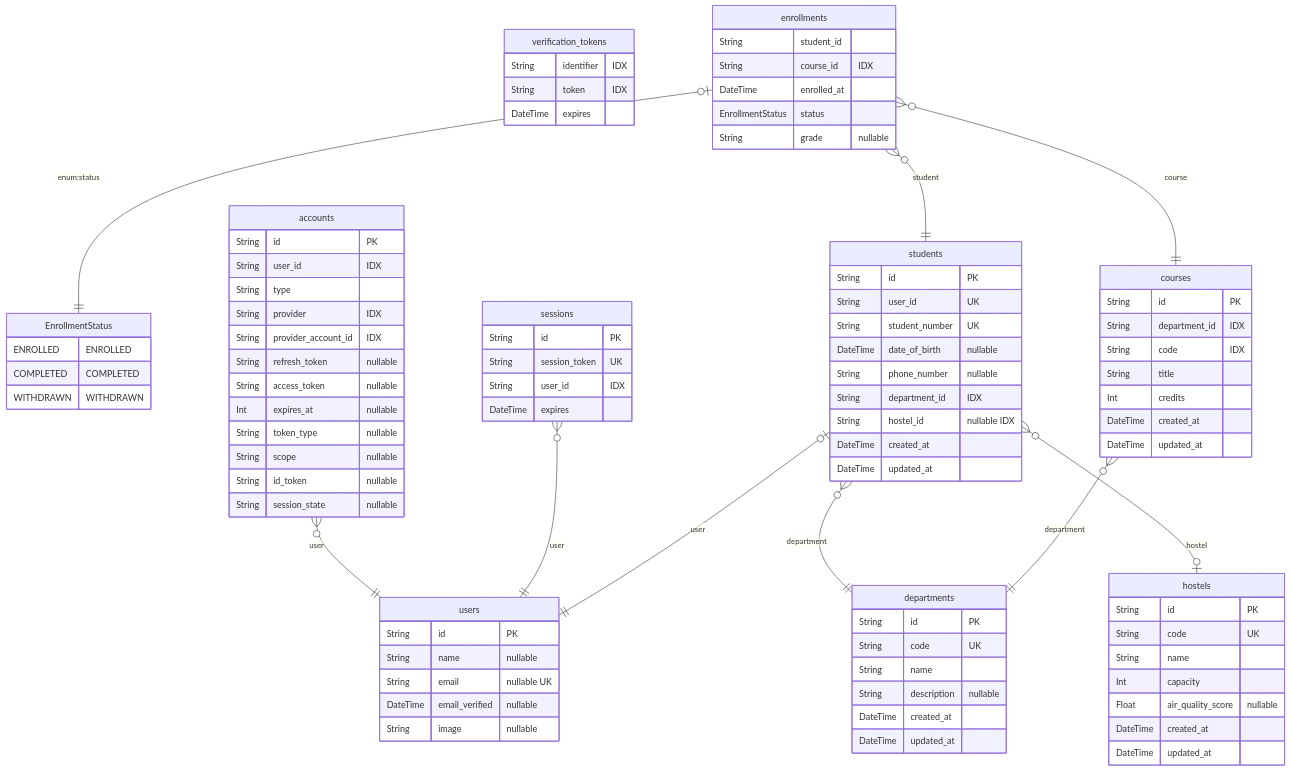
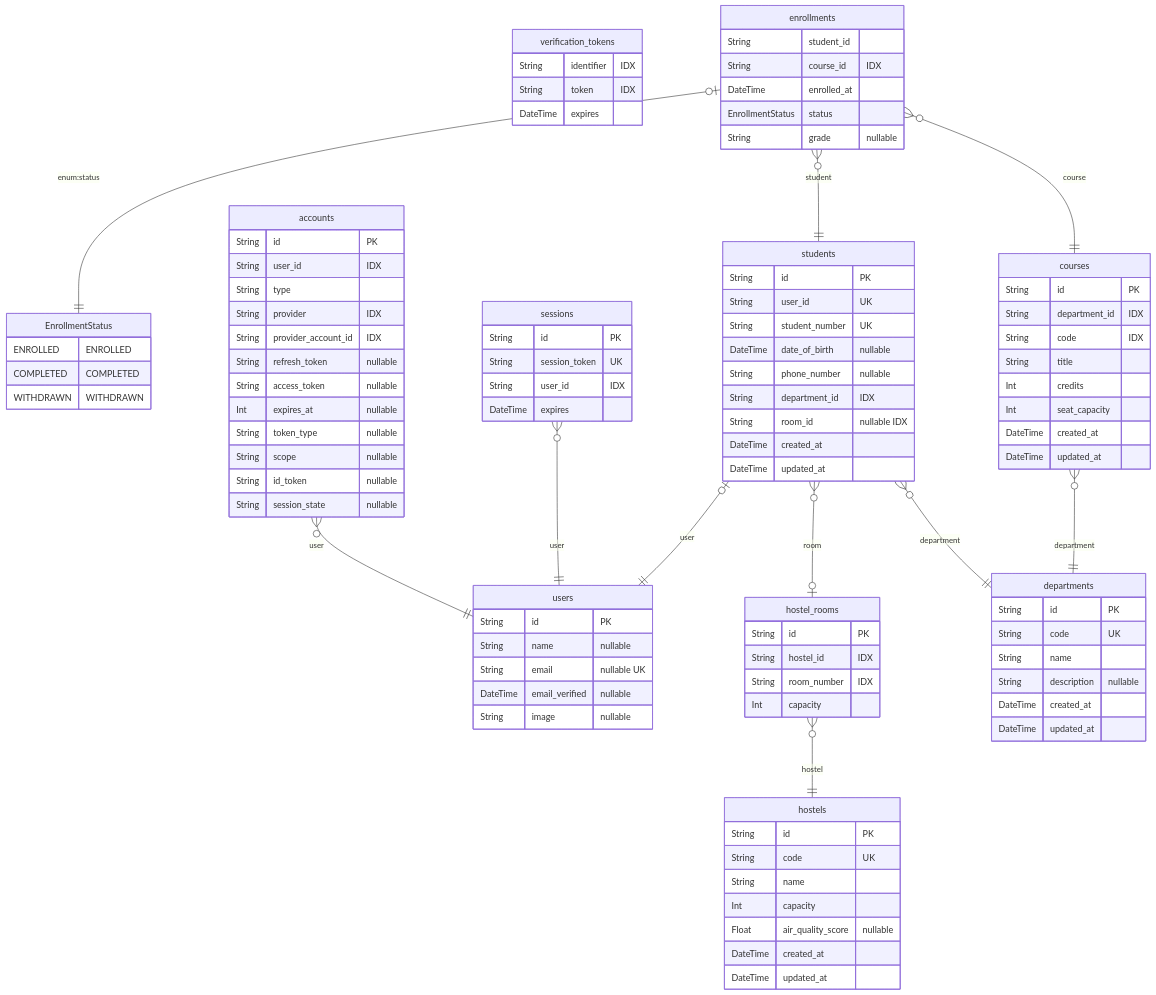
One commit to maharshi-desai/Campus-Core changed the diagram in docs/CampusCore-ERD.md. Above: the diagram before and after it, drawn with Mermaid. The commit also changed 8 other files, not shown here.

Commit message:
feat: add room assignments and course seat limits

```diff
--- a/docs/CampusCore-ERD.md
+++ b/docs/CampusCore-ERD.md
@@ -6,7 +6,7 @@
 COMPLETED COMPLETED
 WITHDRAWN WITHDRAWN
         }
-    
+
   "users" {
     String id "PK"
     String name "nullable"
@@ -14,12 +14,12 @@
     DateTime email_verified "nullable"
     String image "nullable"
     }
-  
+
 
   "accounts" {
     String id "PK"
     String user_id "IDX"
-    String type 
+    String type
     String provider "IDX"
     String provider_account_id "IDX"
     String refresh_token "nullable"
@@ -30,22 +30,22 @@
     String id_token "nullable"
     String session_state "nullable"
     }
-  
+
 
   "sessions" {
     String id "PK"
     String session_token "UK"
     String user_id "IDX"
-    DateTime expires 
+    DateTime expires
     }
-  
+
 
   "verification_tokens" {
     String identifier "IDX"
     String token "IDX"
-    DateTime expires 
+    DateTime expires
     }
-  
+
 
   "students" {
     String id "PK"
@@ -54,57 +54,67 @@
     DateTime date_of_birth "nullable"
     String phone_number "nullable"
     String department_id "IDX"
-    String hostel_id "nullable IDX"
-    DateTime created_at 
-    DateTime updated_at 
+    String room_id "nullable IDX"
+    DateTime created_at
+    DateTime updated_at
     }
-  
+
 
   "hostels" {
     String id "PK"
     String code "UK"
-    String name 
-    Int capacity 
+    String name
+    Int capacity
     Float air_quality_score "nullable"
-    DateTime created_at 
-    DateTime updated_at 
+    DateTime created_at
+    DateTime updated_at
     }
-  
+
+
+  "hostel_rooms" {
+    String id "PK"
+    String hostel_id "IDX"
+    String room_number "IDX"
+    Int capacity
+    }
+
 
   "departments" {
     String id "PK"
     String code "UK"
-    String name 
+    String name
     String description "nullable"
-    DateTime created_at 
-    DateTime updated_at 
+    DateTime created_at
+    DateTime updated_at
     }
-  
+
 
   "courses" {
     String id "PK"
     String department_id "IDX"
     String code "IDX"
-    String title 
-    Int credits 
-    DateTime created_at 
-    DateTime updated_at 
+    String title
+    Int credits
+    Int seat_capacity
+    DateTime created_at
+    DateTime updated_at
     }
-  
+
 
   "enrollments" {
-    String student_id 
+    String student_id
     String course_id "IDX"
-    DateTime enrolled_at 
-    EnrollmentStatus status 
+    DateTime enrolled_at
+    EnrollmentStatus status
     String grade "nullable"
     }
-  
+
     "accounts" }o--|| "users" : "user"
     "sessions" }o--|| "users" : "user"
     "students" |o--|| "users" : "user"
     "students" }o--|| "departments" : "department"
-    "students" }o--|o "hostels" : "hostel"
+    "students" }o--|o "hostel_rooms" : "room"
+    "hostel_rooms" }o--|| "hostels" : "hostel"
     "courses" }o--|| "departments" : "department"
     "enrollments" |o--|| "EnrollmentStatus" : "enum:status"
     "enrollments" }o--|| "students" : "student"
```
